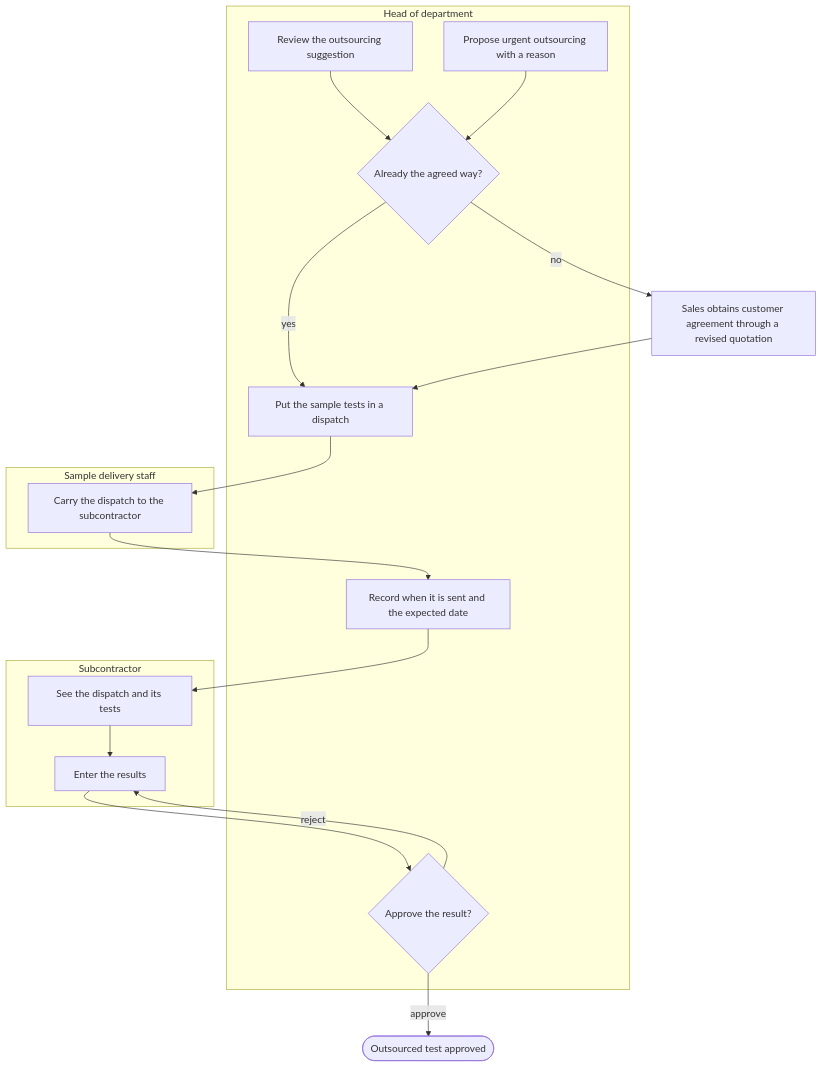
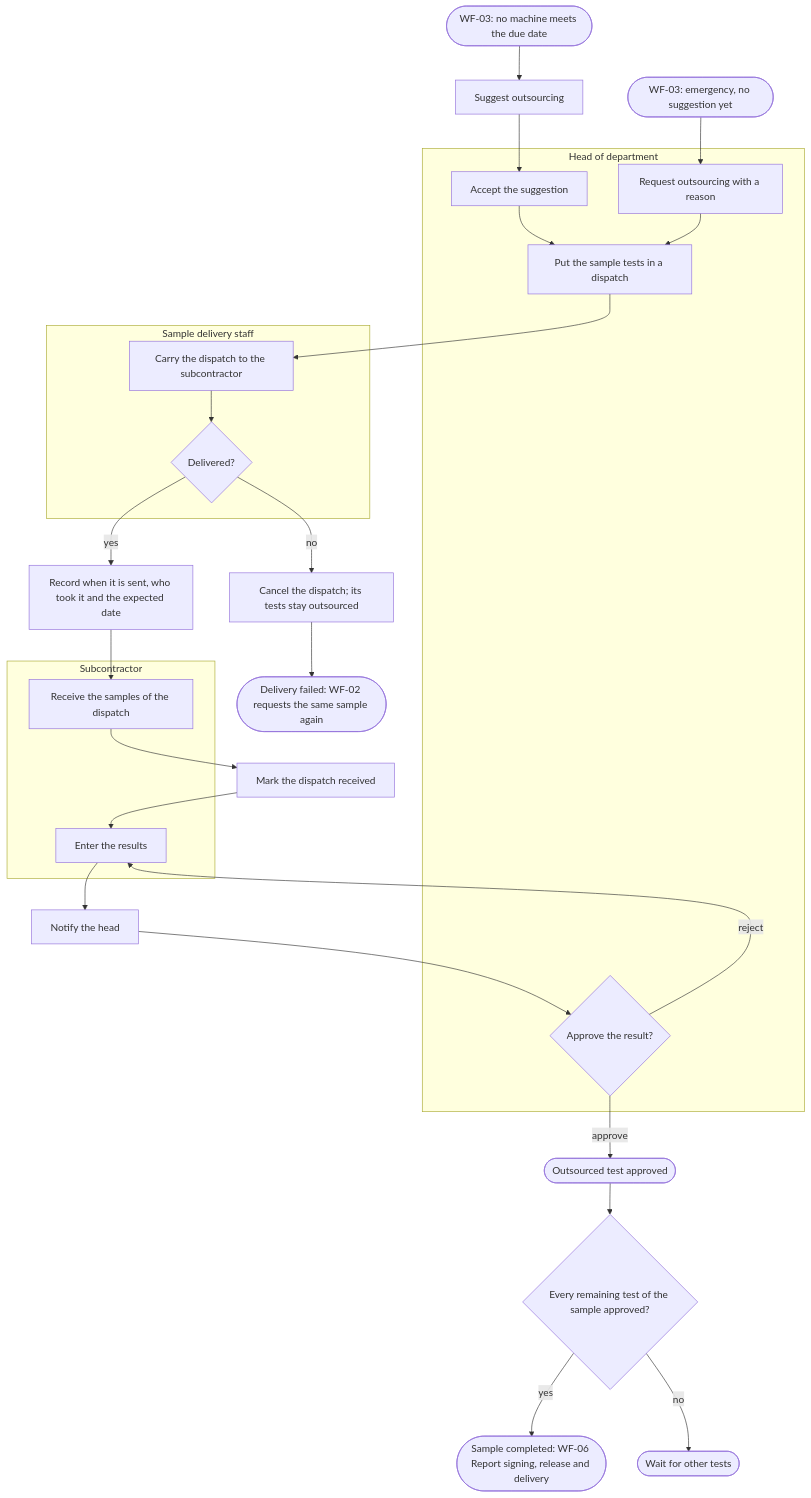
The fifth of 17 diagrams in docs/functional/business-flows.md (SoltuneMontepre/medilab), drawn with Mermaid before and after one commit. The commit also changed other lines of this file and 122 other files, not shown here.

First line of the commit message:
[docs] Align the requirements with the final activity diagrams and BM04 v1.1 (#551)

````diff
--- a/docs/functional/business-flows.md
+++ b/docs/functional/business-flows.md
@@ -235,22 +258,28 @@
 ```mermaid
 flowchart TD
+    suggest[Suggest outsourcing]
     subgraph lane12 ["Head of department"]
-        h1[Review the outsourcing suggestion] --> agreed{Already the agreed way?}
-        h0[Propose urgent outsourcing with a reason] --> agreed
-        h2[Put the sample tests in a dispatch]
-        h3[Record when it is sent and the expected date]
+        h1[Accept the suggestion] --> h2[Put the sample tests in a dispatch]
+        h0[Request outsourcing with a reason] --> h2
         h4{Approve the result?}
     end
     subgraph lane13 ["Sample delivery staff"]
-        d1[Carry the dispatch to the subcontractor]
+        d1[Carry the dispatch to the subcontractor] --> delivered{Delivered?}
     end
     subgraph lane14 ["Subcontractor"]
-        s1[See the dispatch and its tests] --> s2[Enter the results]
+        s1[Receive the samples of the dispatch]
+        s2[Enter the results]
     end
-    agreed -->|yes| h2
-    agreed -->|no| revise[Sales obtains customer agreement through a revised quotation] --> h2
-    h2 --> d1 --> h3 --> s1
-    s2 --> h4
+    wf03([WF-03: no machine meets the due date]) --> suggest --> h1
+    urgent([WF-03: emergency, no suggestion yet]) --> h0
+    h2 --> d1
+    delivered -->|yes| sent[Record when it is sent, who took it and the expected date] --> s1
+    delivered -->|no| cancel[Cancel the dispatch; its tests stay outsourced] --> wf02([Delivery failed: WF-02 requests the same sample again])
+    s1 --> received[Mark the dispatch received] --> s2
+    s2 --> notify[Notify the head] --> h4
     h4 -->|reject| s2
     h4 -->|approve| done([Outsourced test approved])
+    done --> every{Every remaining test of the sample approved?}
+    every -->|yes| wf06([Sample completed: WF-06 Report signing, release and delivery])
+    every -->|no| wait([Wait for other tests])
 ```
````
